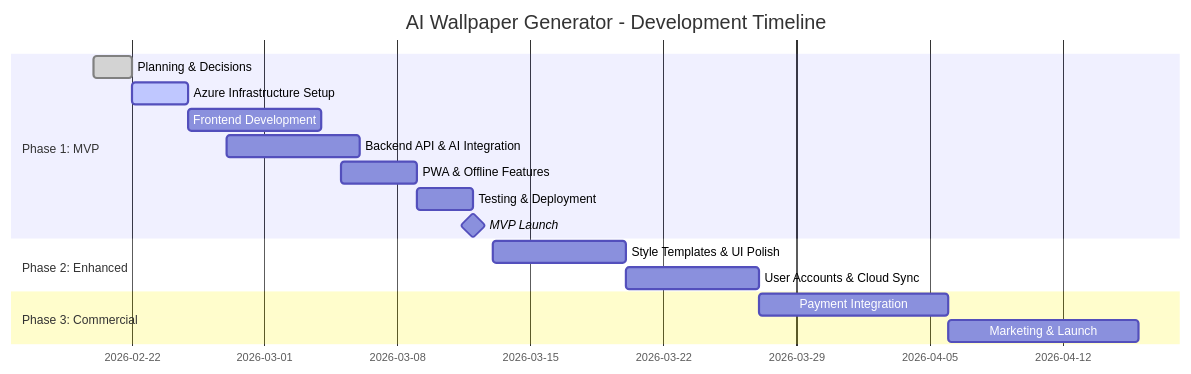
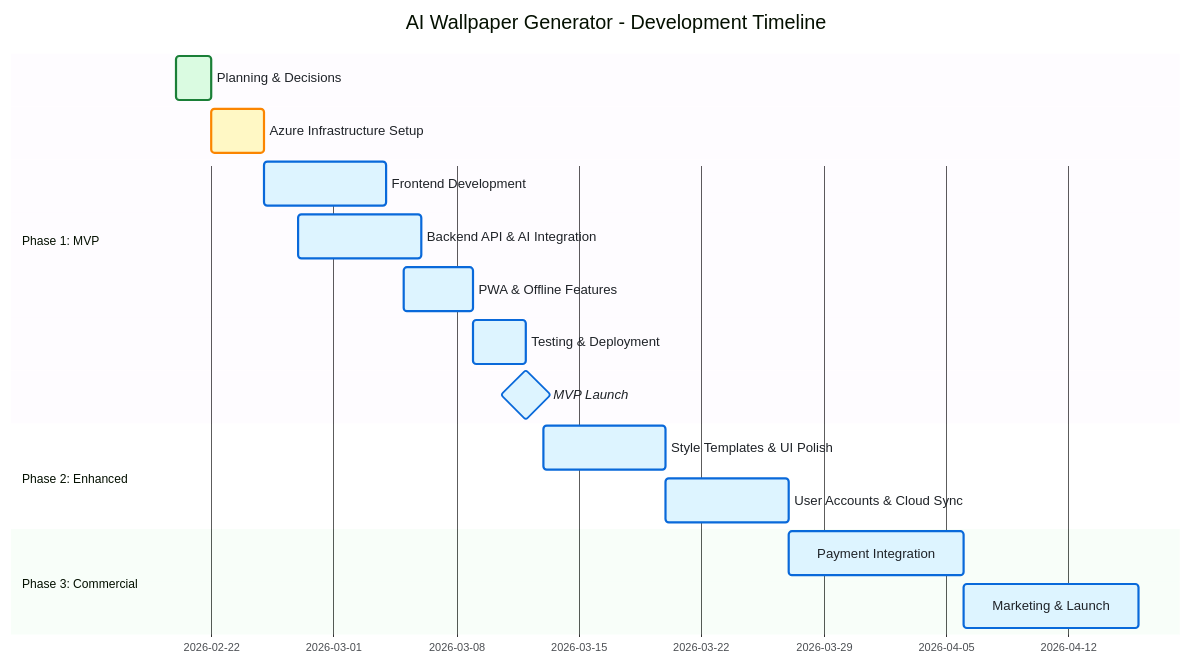
Before and after one commit to fabioc-aloha/ai-wallpaper-generator: the third of 3 diagrams in README.md, drawn with Mermaid. The commit also changed other lines of this file and 2 other files, not shown here.

First line of the commit message:
Polish Mermaid diagrams with GitHub Primer theme

````diff
--- a/README.md
+++ b/README.md
@@ -272,22 +287,23 @@
 ```mermaid
+%%{init: {'theme':'base', 'themeVariables': {'primaryColor':'#dafbe1','primaryTextColor':'#1f2328','primaryBorderColor':'#1a7f37','lineColor':'#d0d7de','secondaryColor':'#ddf4ff','tertiaryColor':'#fbefff','background':'#ffffff','mainBkg':'#ffffff','secondBkg':'#f6f8fa','gridColor':'#e1e4e8','doneTaskBkgColor':'#dafbe1','doneTaskBorderColor':'#1a7f37','activeTaskBkgColor':'#fff8c5','activeTaskBorderColor':'#fb8500','taskBkgColor':'#ddf4ff','taskBorderColor':'#0969DA','critBkgColor':'#ffebe9','critBorderColor':'#cf222e'}, 'gantt': {'barHeight':40,'barGap':8,'topPadding':50,'leftPadding':150,'gridLineStartPadding':150,'fontSize':12,'numberSectionStyles':3}}}%%
 gantt
     title AI Wallpaper Generator - Development Timeline
     dateFormat  YYYY-MM-DD
-    
+
     section Phase 1: MVP
     Planning & Decisions           :done, plan, 2026-02-20, 2d
     Azure Infrastructure Setup     :active, azure, 2026-02-22, 3d
     Frontend Development           :front, 2026-02-25, 7d
     Backend API & AI Integration   :back, 2026-02-27, 7d
     PWA & Offline Features         :pwa, 2026-03-05, 4d
     Testing & Deployment           :test, 2026-03-09, 3d
     MVP Launch                     :milestone, mvp, 2026-03-12, 0d
-    
+
     section Phase 2: Enhanced
     Style Templates & UI Polish    :style, 2026-03-13, 7d
     User Accounts & Cloud Sync     :accounts, 2026-03-20, 7d
-    
+
     section Phase 3: Commercial
     Payment Integration            :payment, 2026-03-27, 10d
     Marketing & Launch             :marketing, 2026-04-06, 10d
 ```
````
